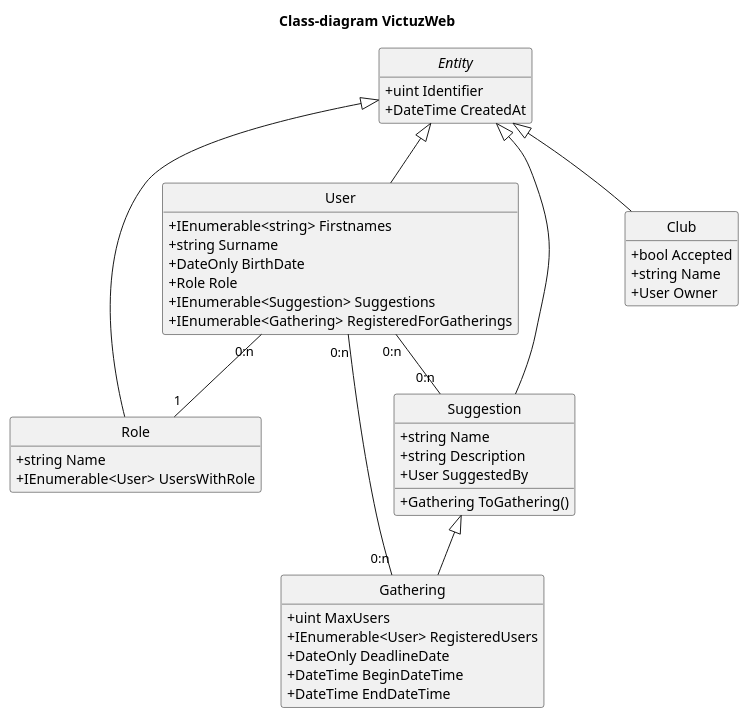
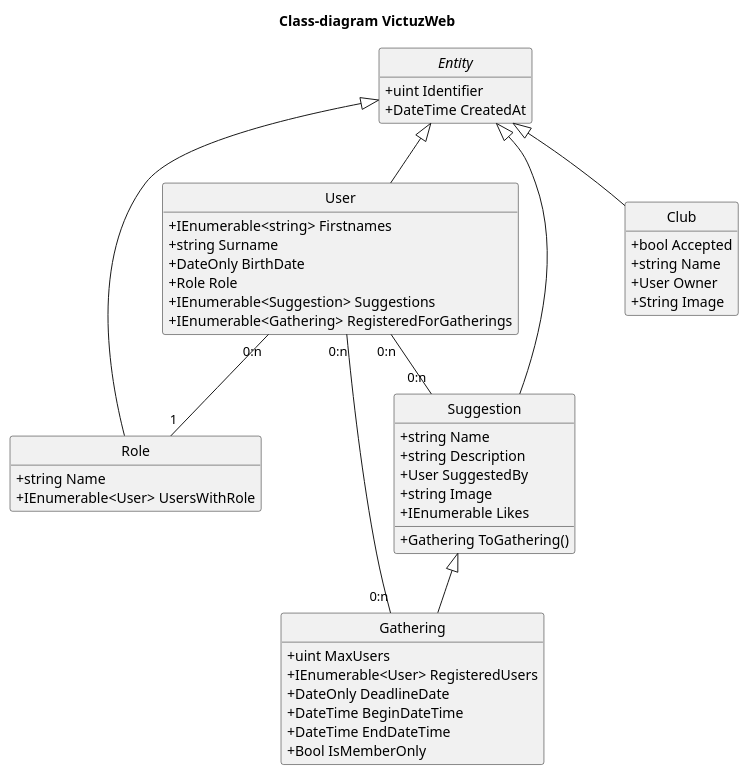
One commit to SlagterJ/VictuzWeb changed the diagram in uml/class.puml. Above: the diagram before and after it, drawn with PlantUML.

Commit message:
Updated class diagram

```diff
--- a/uml/class.puml
+++ b/uml/class.puml
@@ -1,60 +1,64 @@
 @startuml class
 hide empty members
 hide circle
 skinparam classAttributeIconSize 0
 title Class-diagram VictuzWeb
 
 
 abstract Entity {
   + uint Identifier
   + DateTime CreatedAt
 }
 
 class User {
   + IEnumerable<string> Firstnames
   + string Surname
   + DateOnly BirthDate
   + Role Role
   + IEnumerable<Suggestion> Suggestions
   + IEnumerable<Gathering> RegisteredForGatherings
 }
 Entity <|-- User
 
 class Role {
   + string Name
   + IEnumerable<User> UsersWithRole
 }
 Entity <|-- Role
 
 User "0:n" -- "1" Role
 
 class Suggestion {
   + string Name
   + string Description
   + User SuggestedBy
+  + string Image
+  + IEnumerable Likes
 
   + Gathering ToGathering()
 }
 Entity <|-- Suggestion
 
 User "0:n" -- "0:n" Suggestion
 
 class Gathering {
   + uint MaxUsers
   + IEnumerable<User> RegisteredUsers
   + DateOnly DeadlineDate
   + DateTime BeginDateTime
   + DateTime EndDateTime
+  + Bool IsMemberOnly
 }
 Suggestion <|-- Gathering
 
 User "0:n" -- "0:n" Gathering
 
 class Club {
     + bool Accepted
     + string Name
     + User Owner
+    + String Image
 }
 Entity <|-- Club
 
 @enduml
```
